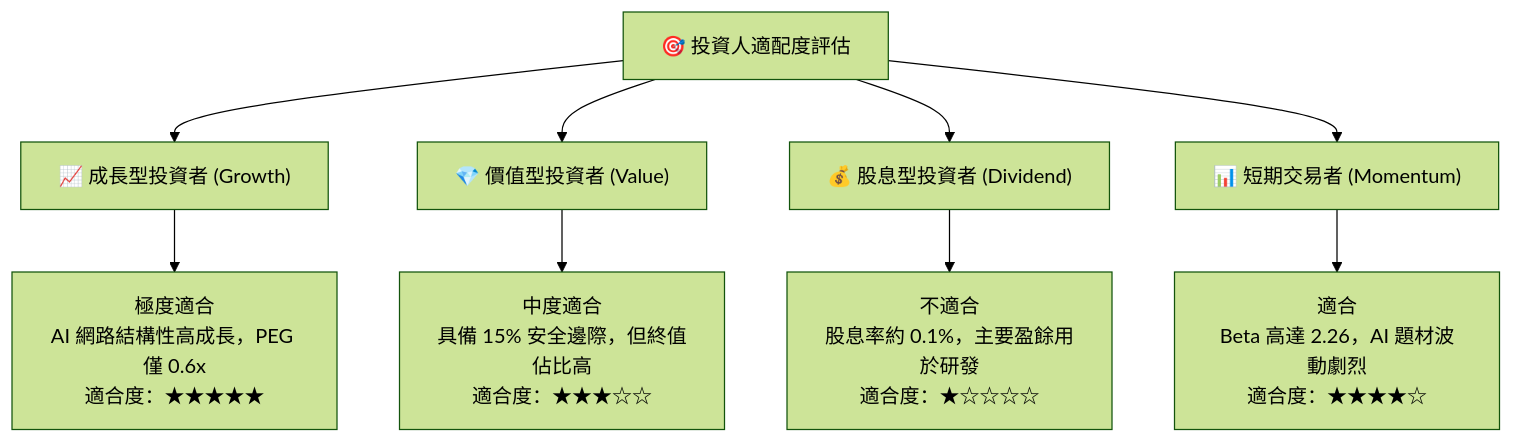
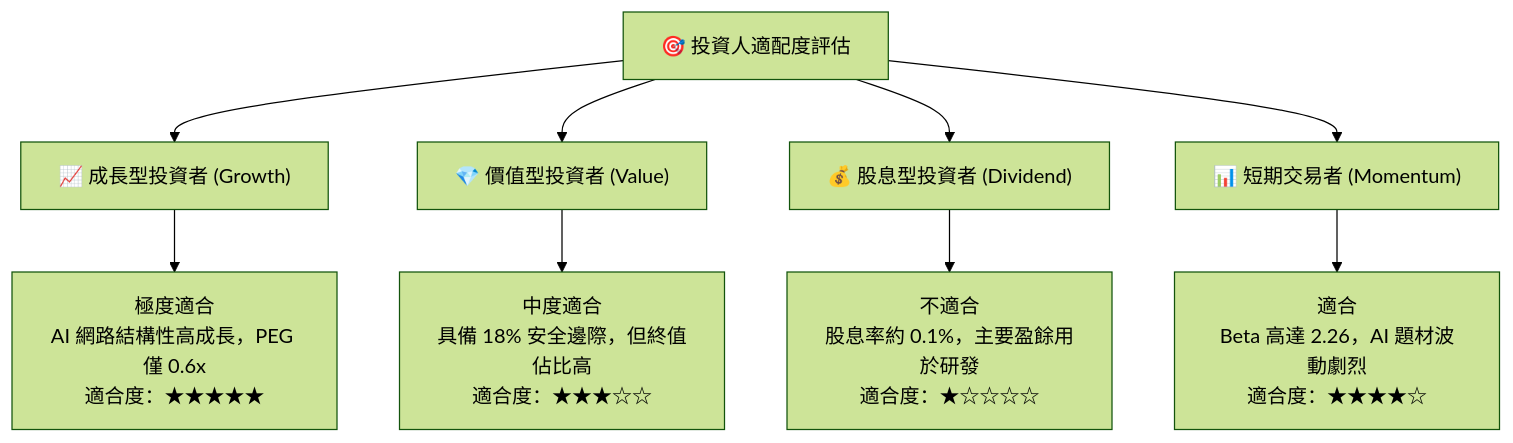
Diagram 15 of 15 in ai_gen_report/fundamental/mrvl/fundamental_analysis_2026-10-17_gemini.md (yennanliu/finance_data), drawn with Mermaid (forest theme) before and after one commit. The commit also changed other lines of this file and 339 other files, not shown here.

````diff
--- a/ai_gen_report/fundamental/mrvl/fundamental_analysis_2026-10-17_gemini.md
+++ b/ai_gen_report/fundamental/mrvl/fundamental_analysis_2026-10-17_gemini.md
@@ -1101,14 +1116,14 @@
 ```mermaid
 graph TD
     INV["🎯 投資人適配度評估"]
 
     INV --> G["📈 成長型投資者 (Growth)"]
     INV --> V["💎 價值型投資者 (Value)"]
     INV --> D["💰 股息型投資者 (Dividend)"]
     INV --> T["📊 短期交易者 (Momentum)"]
 
     G --> G1["極度適合<br/>AI 網路結構性高成長，PEG 僅 0.6x<br/>適合度：★★★★★"]
-    V --> V1["中度適合<br/>具備 15% 安全邊際，但終值佔比高<br/>適合度：★★★☆☆"]
+    V --> V1["中度適合<br/>具備 18% 安全邊際，但終值佔比高<br/>適合度：★★★☆☆"]
     D --> D1["不適合<br/>股息率約 0.1%，主要盈餘用於研發<br/>適合度：★☆☆☆☆"]
     T --> T1["適合<br/>Beta 高達 2.26，AI 題材波動劇烈<br/>適合度：★★★★☆"]
 ```
````
